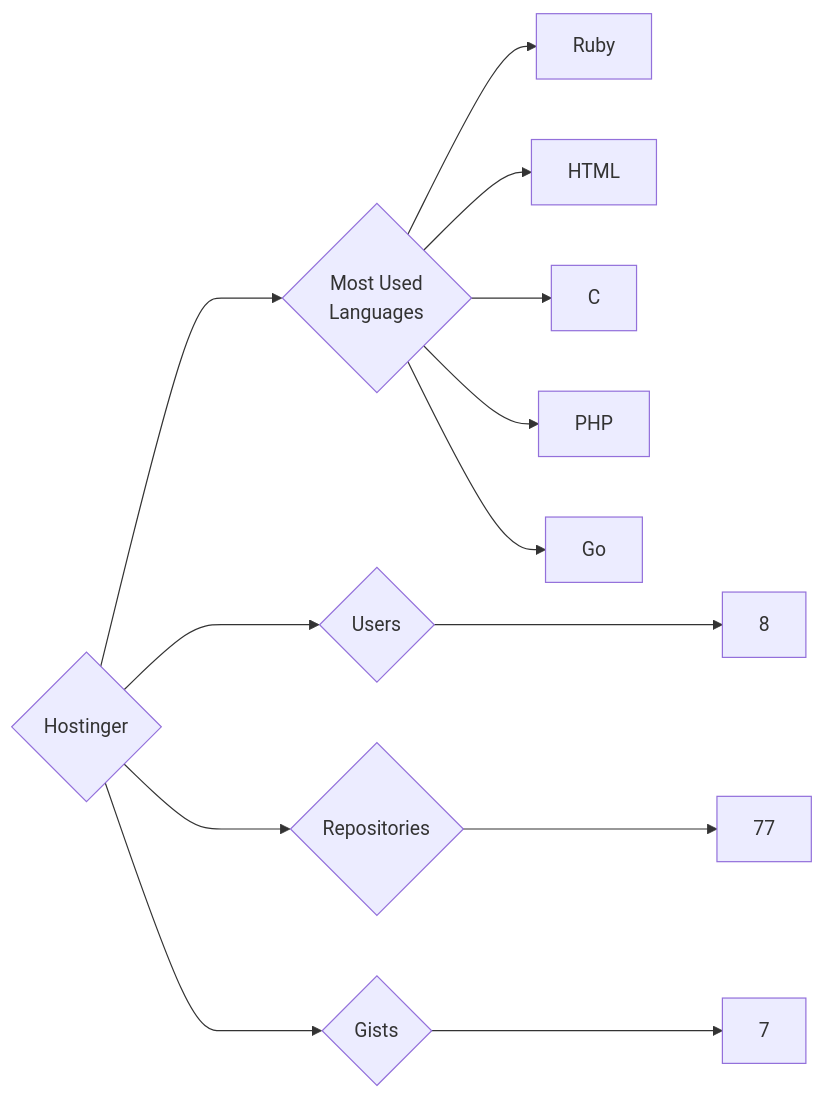
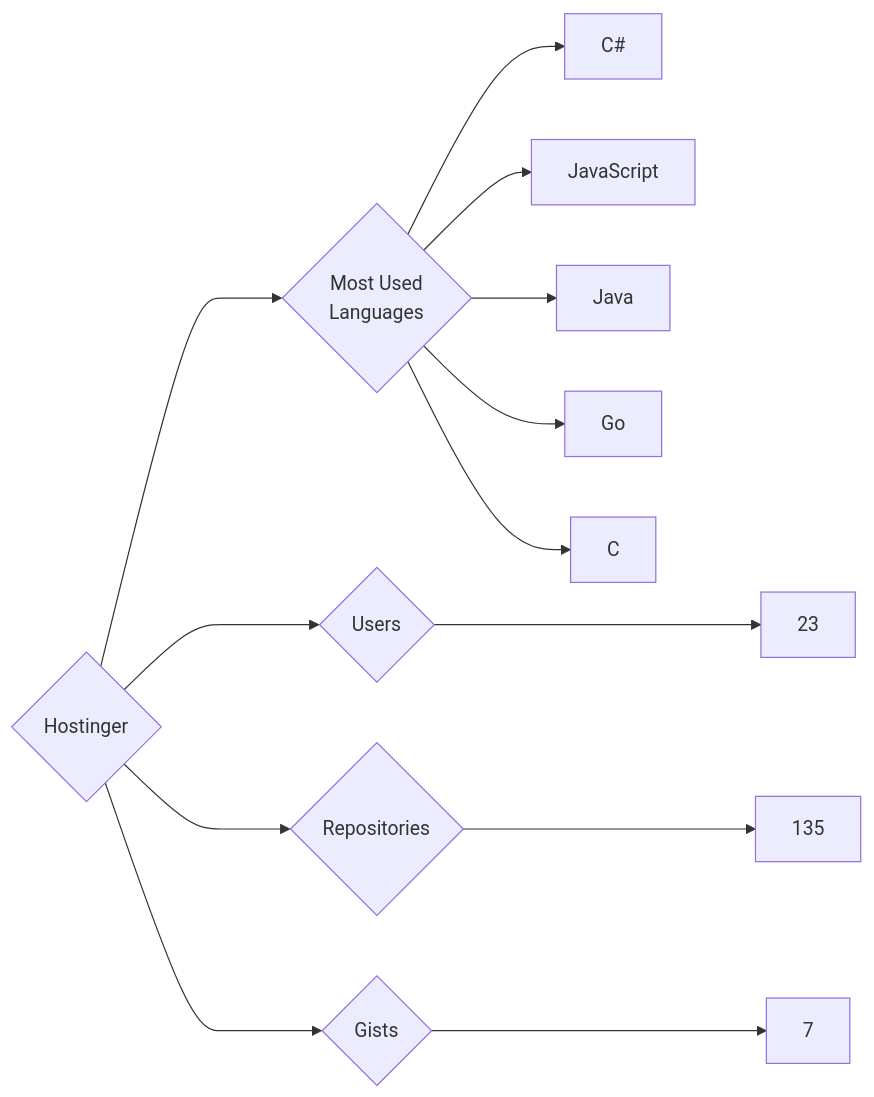
One commit to trickest/insiders changed the diagram in targets/Hostinger/README.md. Above: the diagram before and after it, drawn with Mermaid. The commit also changed 934 other files, not shown here.

````diff
--- a/targets/Hostinger/README.md
+++ b/targets/Hostinger/README.md
@@ -3,13 +3,13 @@
 ```mermaid
 graph LR
 COMPANY_NAME{Hostinger}
-COMPANY_NAME ---> U{Users} ---> UN[8]
-COMPANY_NAME ---> R{Repositories} ---> RN[77]
+COMPANY_NAME ---> U{Users} ---> UN[23]
+COMPANY_NAME ---> R{Repositories} ---> RN[135]
 COMPANY_NAME ---> G{Gists} ---> GN[7]
 COMPANY_NAME ---> ML{Most Used<br>Languages}
-ML --> Ruby[Ruby]
-ML --> HTML[HTML]
+ML --> C#[C#]
+ML --> JavaScript[JavaScript]
+ML --> Java[Java]
+ML --> Go[Go]
 ML --> C[C]
-ML --> PHP[PHP]
-ML --> Go[Go]
 ```
````
